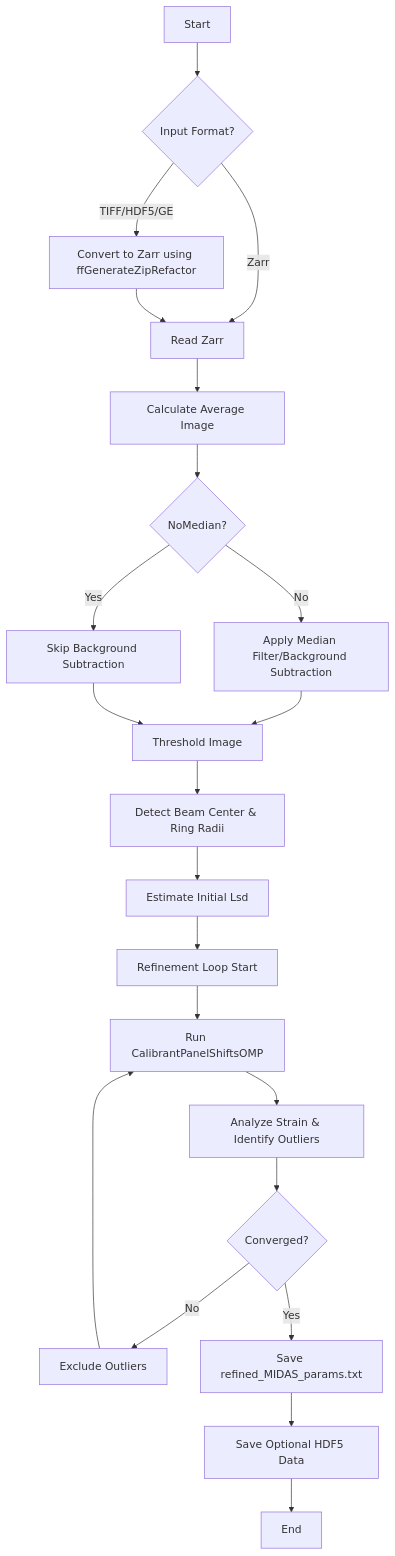
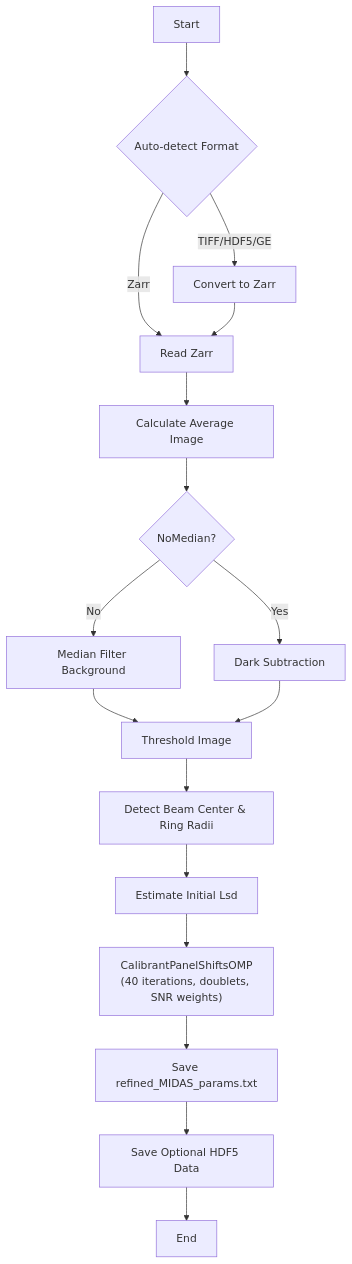
The diagram in manuals/FF_Calibration.md (marinerhemant/MIDAS), drawn with Mermaid before and after one commit. The commit also changed other lines of this file and 5 other files, not shown here.

First line of the commit message:
refactor: AutoCalibrateZarr — single C call, auto-detect format/calibrant

````diff
--- a/manuals/FF_Calibration.md
+++ b/manuals/FF_Calibration.md
@@ -41,24 +55,19 @@
  ```mermaid
  graph TD
-     A[Start] --> B{Input Format?};
+     A[Start] --> B{Auto-detect Format};
      B -- Zarr --> C[Read Zarr];
-     B -- TIFF/HDF5/GE --> D[Convert to Zarr using ffGenerateZipRefactor];
+     B -- TIFF/HDF5/GE --> D[Convert to Zarr];
      D --> C;
      C --> E[Calculate Average Image];
      E --> F{NoMedian?};
-     F -- No --> G[Apply Median Filter/Background Subtraction];
-     F -- Yes --> H[Skip Background Subtraction];
+     F -- No --> G[Median Filter Background];
+     F -- Yes --> H[Dark Subtraction];
      G --> I[Threshold Image];
      H --> I;
      I --> J[Detect Beam Center & Ring Radii];
      J --> K[Estimate Initial Lsd];
-     K --> L[Refinement Loop Start];
-     L --> M[Run CalibrantPanelShiftsOMP];
-     M --> N[Analyze Strain & Identify Outliers];
-     N --> O{Converged?};
-     O -- No --> P[Exclude Outliers];
-     P --> M;
-     O -- Yes --> Q[Save refined_MIDAS_params.txt];
+     K --> L["CalibrantPanelShiftsOMP<br/>(40 iterations, doublets, SNR weights)"];
+     L --> Q[Save refined_MIDAS_params.txt];
      Q --> R[Save Optional HDF5 Data];
      R --> S[End];
  ```
````
